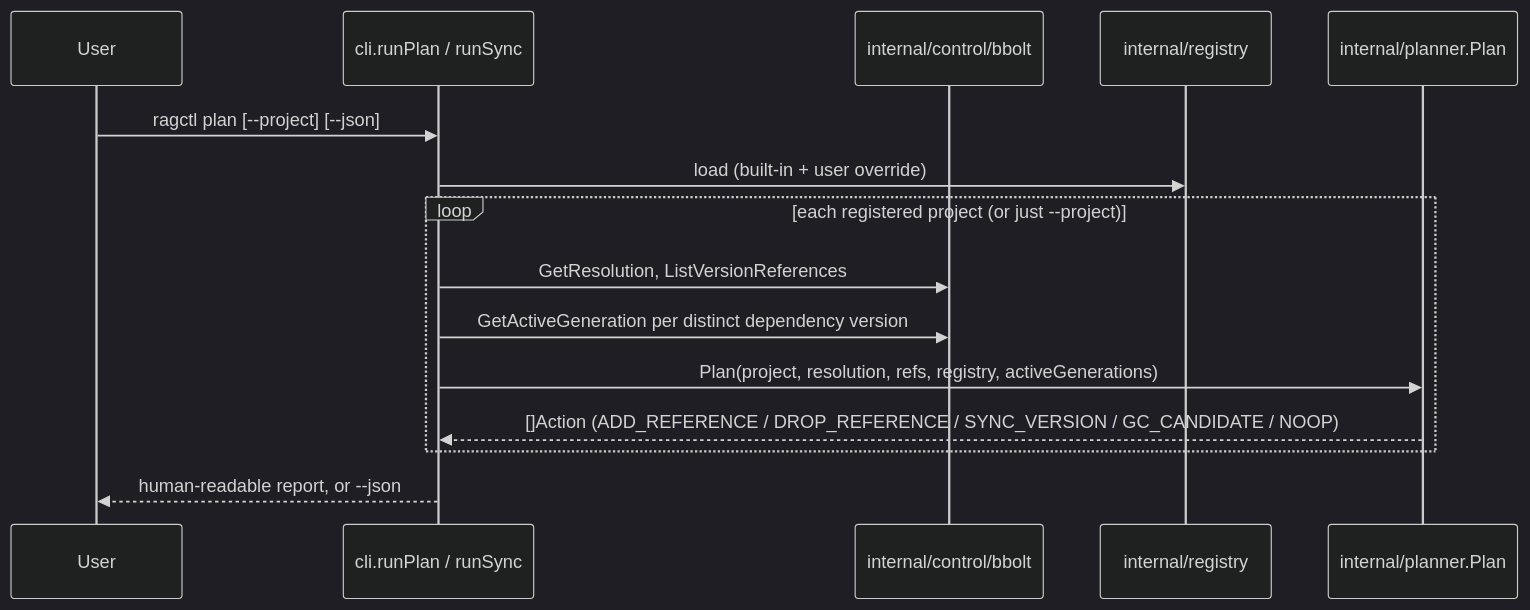
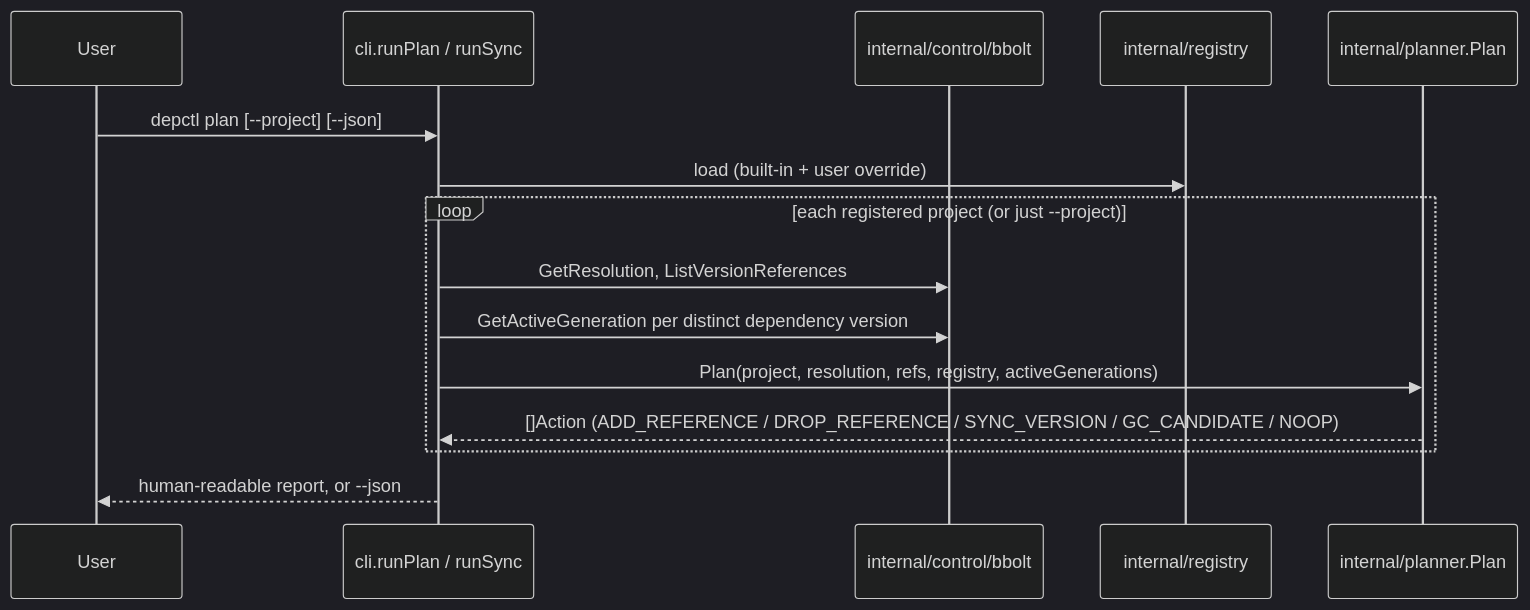
One commit to aleutian-ai/depctl changed the eighth of 16 diagrams in docs/architecture.md. Above: the diagram before and after it, drawn with Mermaid (dark theme). The commit also changed other lines of this file and 588 other files, not shown here.

Commit message:
Rename ragctl to depctl: binary, module github.com/aleutian-ai/depctl, paths, env vars, metrics, MCP name, docs

````diff
--- a/docs/architecture.md
+++ b/docs/architecture.md
@@ -352,18 +352,18 @@
 ```mermaid
 sequenceDiagram
     participant User
     participant CLI as cli.runPlan / runSync
     participant Bbolt as internal/control/bbolt
     participant Registry as internal/registry
     participant Planner as internal/planner.Plan
 
-    User->>CLI: ragctl plan [--project] [--json]
+    User->>CLI: depctl plan [--project] [--json]
     CLI->>Registry: load (built-in + user override)
     loop each registered project (or just --project)
         CLI->>Bbolt: GetResolution, ListVersionReferences
         CLI->>Bbolt: GetActiveGeneration per distinct dependency version
         CLI->>Planner: Plan(project, resolution, refs, registry, activeGenerations)
         Planner-->>CLI: []Action (ADD_REFERENCE / DROP_REFERENCE / SYNC_VERSION / GC_CANDIDATE / NOOP)
     end
     CLI-->>User: human-readable report, or --json
 ```
````
